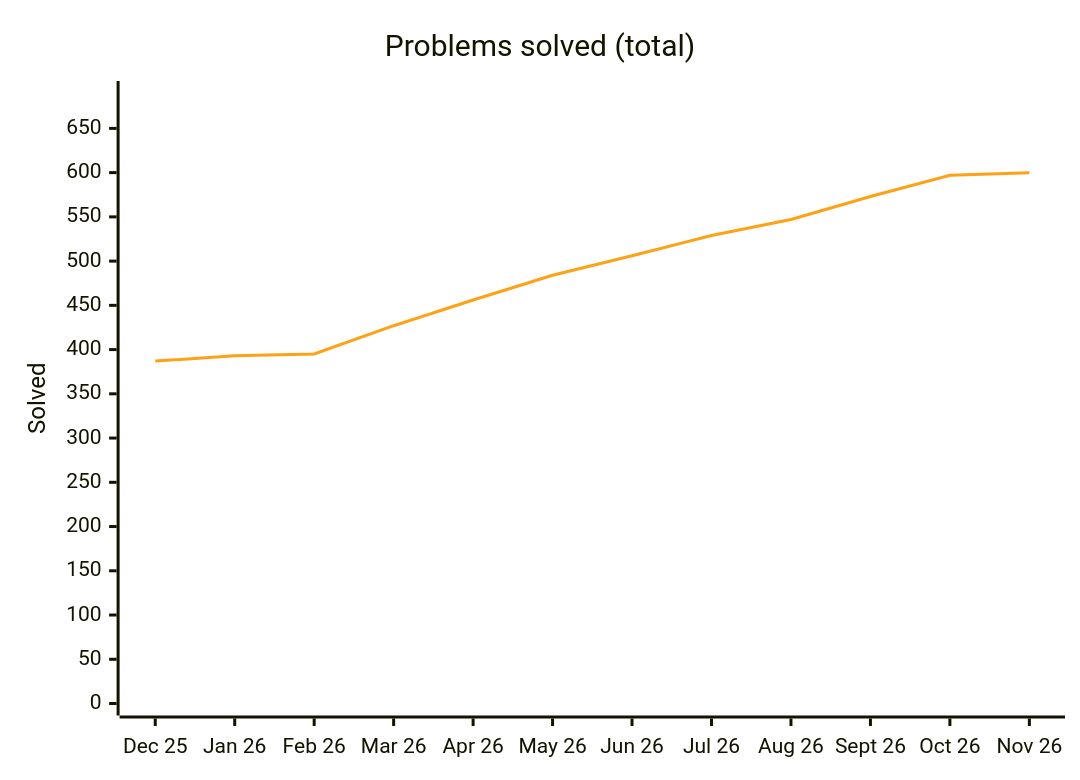
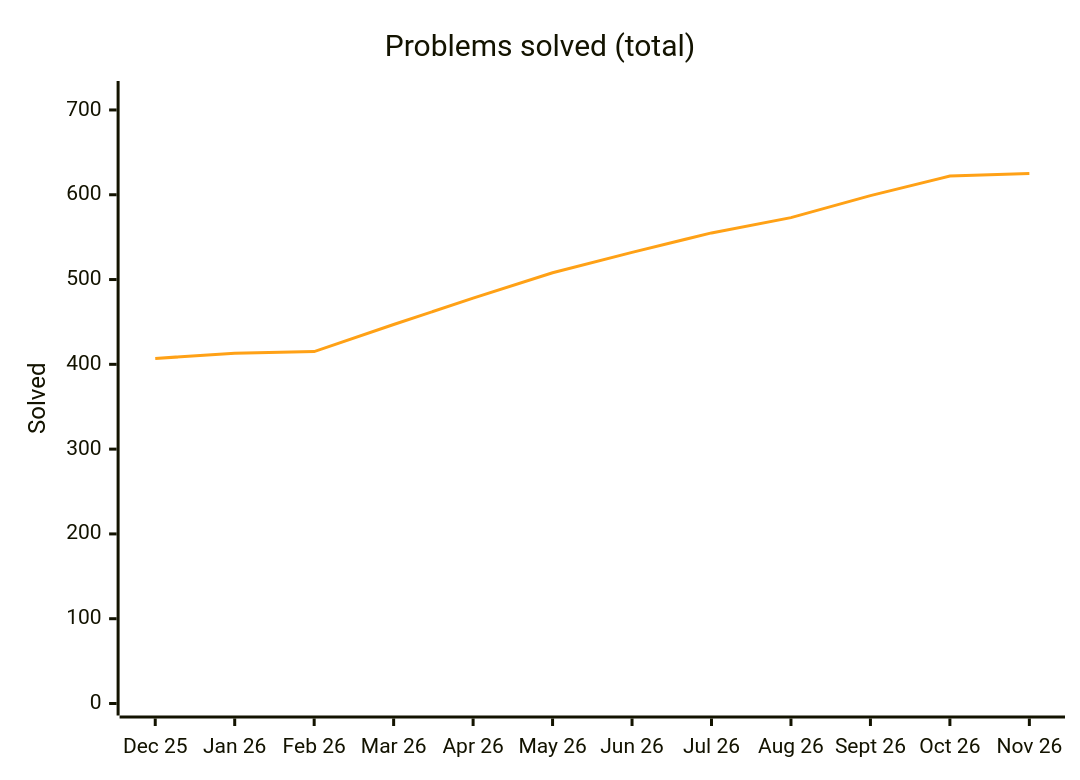
One commit to Ved-u/Java-DSA changed the diagram in README.md. Above: the diagram before and after it, drawn with Mermaid. The commit also changed other lines of this file and 34 other files, not shown here.

````diff
--- a/README.md
+++ b/README.md
@@ -53,8 +53,8 @@
 ```mermaid
 %%{init: {"themeVariables": {"xyChart": {"plotColorPalette": "#ffa116"}}}}%%
 xychart-beta
     title "Problems solved (total)"
     x-axis ["Dec 25", "Jan 26", "Feb 26", "Mar 26", "Apr 26", "May 26", "Jun 26", "Jul 26", "Aug 26", "Sept 26", "Oct 26", "Nov 26"]
-    y-axis "Solved" 0 --> 690
-    line [387, 393, 395, 427, 456, 484, 506, 529, 547, 573, 597, 600]
+    y-axis "Solved" 0 --> 720
+    line [407, 413, 415, 447, 478, 508, 532, 555, 573, 599, 622, 625]
 ```
````
